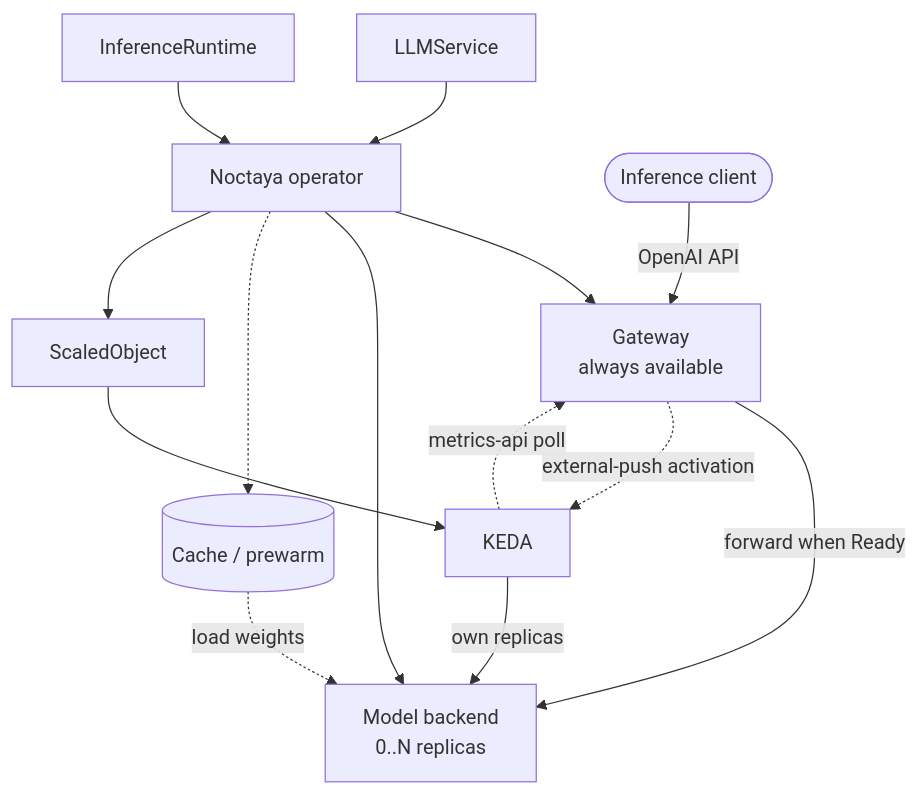
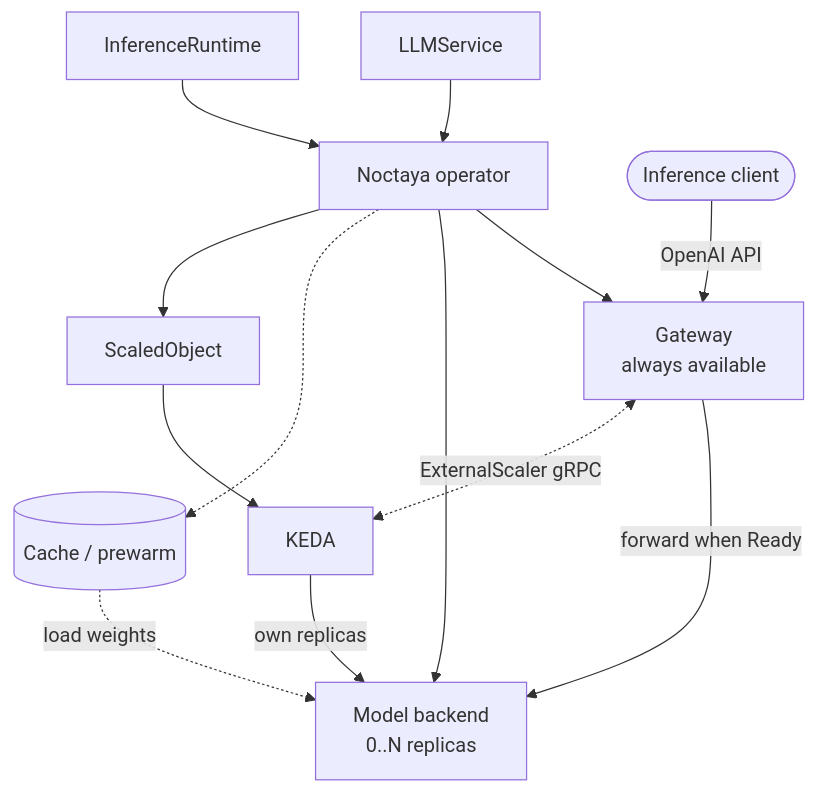
The diagram in docs/architecture.md (noctaya/noctaya), drawn with Mermaid before and after one commit. The commit also changed other lines of this file and 10 other files, not shown here.

Commit message:
docs: document the external push scaling lifecycle

````diff
--- a/docs/architecture.md
+++ b/docs/architecture.md
@@ -54,26 +54,25 @@
 ```mermaid
 flowchart TB
   llm["LLMService"]
   runtime["InferenceRuntime"]
   operator["Noctaya operator"]
   client(["Inference client"])
   gateway["Gateway<br/>always available"]
   backend["Model backend<br/>0..N replicas"]
   cache[("Cache / prewarm")]
   scaled["ScaledObject"]
   keda["KEDA"]
 
   llm --> operator
   runtime --> operator
   operator --> gateway
   operator --> backend
   operator -.-> cache
   operator --> scaled
   client -->|"OpenAI API"| gateway
   gateway -->|"forward when Ready"| backend
   cache -.->|"load weights"| backend
-  keda -.->|"metrics-api poll"| gateway
-  gateway -.->|"external-push activation"| keda
+  gateway <-.->|"ExternalScaler gRPC"| keda
   scaled --> keda
   keda -->|"own replicas"| backend
 ```
````
